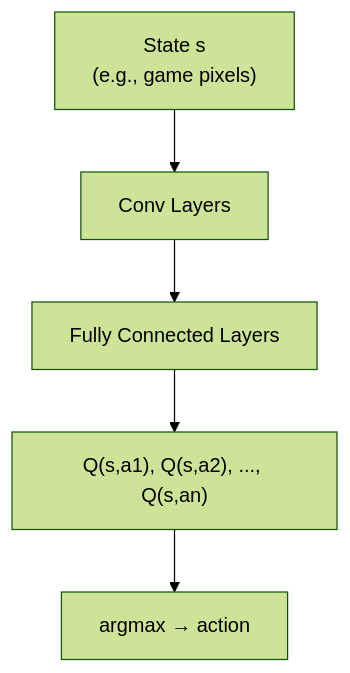
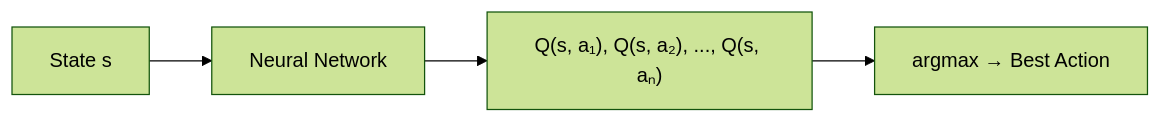
The second of 4 diagrams in src/ml/rl/q-learning.md (vanos001/placement_prep), drawn with Mermaid (forest theme) before and after one commit. The commit also changed other lines of this file and 13 other files, not shown here.

````diff
--- a/src/ml/rl/q-learning.md
+++ b/src/ml/rl/q-learning.md
@@ -86,7 +65,6 @@
 ```mermaid
-graph TD
-    INPUT["State s<br/>(e.g., game pixels)"] --> CNN["Conv Layers"]
-    CNN --> FC["Fully Connected Layers"]
-    FC --> Q_OUT["Q(s,a1), Q(s,a2), ..., Q(s,an)"]
-    Q_OUT --> ACTION["argmax → action"]
+graph LR
+    A[State s] --> B[Neural Network]
+    B --> C["Q(s, a₁), Q(s, a₂), ..., Q(s, aₙ)"]
+    C --> D[argmax → Best Action]
 ```
````
